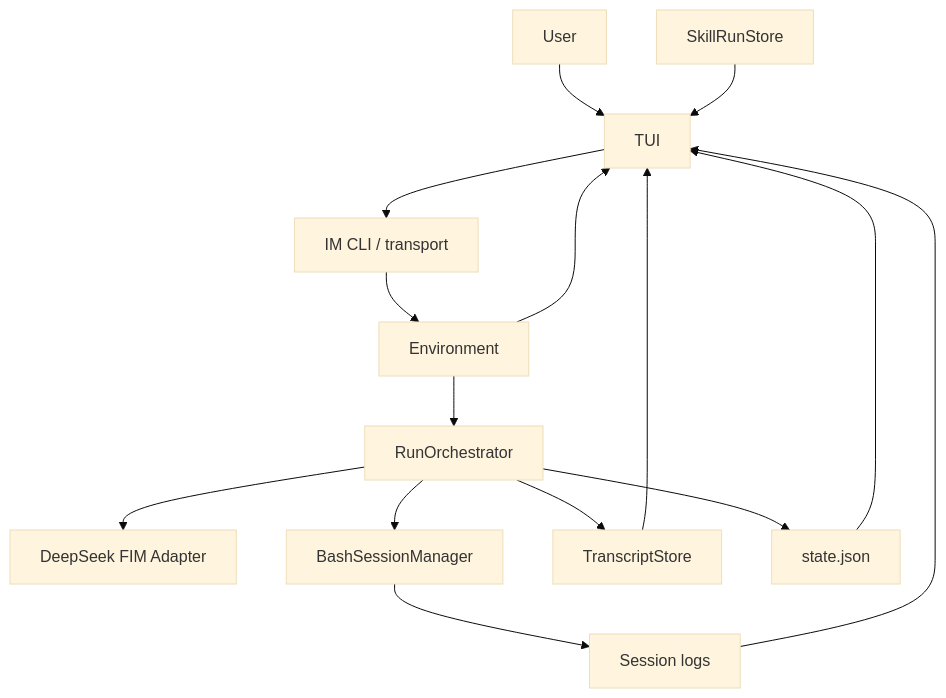
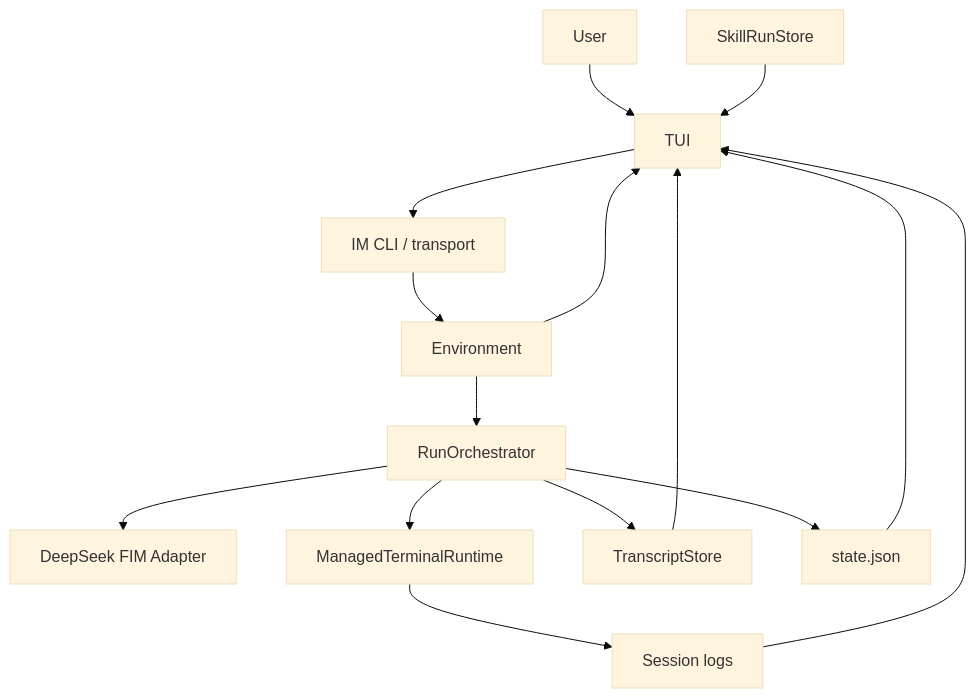
Before and after one commit to chriswangcq/tiny-agent-harness: the diagram in docs/tui.md, drawn with Mermaid (base theme). The commit also changed other lines of this file and 75 other files, not shown here.

````diff
--- a/docs/tui.md
+++ b/docs/tui.md
@@ -144,17 +144,17 @@
 ```mermaid
 flowchart TD
   User["User"] --> TUI["TUI"]
   TUI --> IM["IM CLI / transport"]
   IM --> ENV["Environment"]
   ENV --> ORCH["RunOrchestrator"]
   ORCH --> MODEL["DeepSeek FIM Adapter"]
-  ORCH --> BASH["BashSessionManager"]
+  ORCH --> BASH["ManagedTerminalRuntime"]
   ORCH --> TR["TranscriptStore"]
   BASH --> SLOG["Session logs"]
   ORCH --> STATE["state.json"]
   TR --> TUI
   STATE --> TUI
   SLOG --> TUI
   ENV --> TUI
   SKILL["SkillRunStore"] --> TUI
 ```
````
